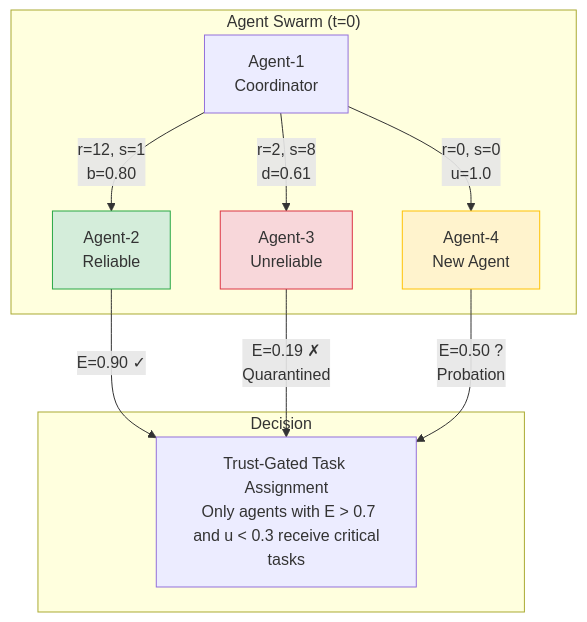
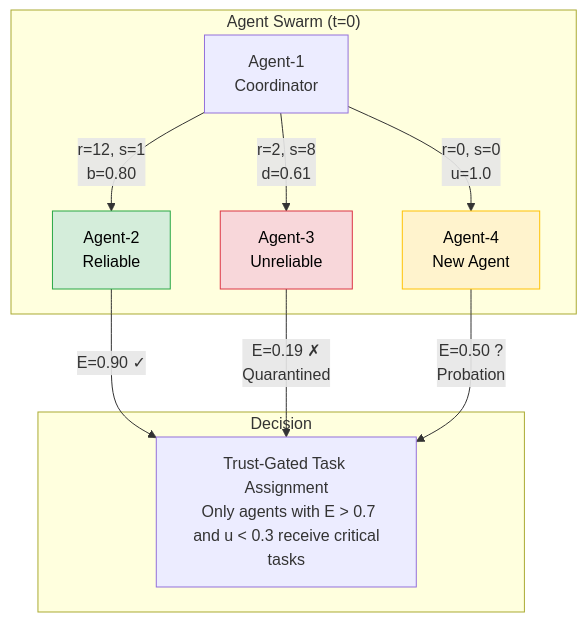
One commit to Steake/EQBSL changed the sixth of 7 diagrams in rust/README.md. Above: the diagram before and after it, drawn with Mermaid. The commit also changed other lines of this file, not shown here.

Commit message:
docs(rust): fix mermaid diagram styles for readability in all themes

````diff
--- a/rust/README.md
+++ b/rust/README.md
@@ -382,25 +382,25 @@
 ```mermaid
 graph TD
     subgraph Swarm["Agent Swarm (t=0)"]
         A1["Agent-1\n Coordinator"]
         A2["Agent-2\n Reliable"]
         A3["Agent-3\n Unreliable"]
         A4["Agent-4\n New Agent"]
     end
 
     A1 -->|"r=12, s=1\n b=0.80"| A2
     A1 -->|"r=2, s=8\n d=0.61"| A3
     A1 -->|"r=0, s=0\n u=1.0"| A4
 
     subgraph Decision
         D["Trust-Gated Task Assignment\n Only agents with E > 0.7\n and u < 0.3 receive critical tasks"]
     end
 
     A2 -->|"E=0.90 ✓"| D
     A3 -->|"E=0.19 ✗\n Quarantined"| D
     A4 -->|"E=0.50 ?\n Probation"| D
 
-    style A3 fill:#f8d7da,stroke:#dc3545
-    style A2 fill:#d4edda,stroke:#28a745
-    style A4 fill:#fff3cd,stroke:#ffc107
+    style A3 fill:#f8d7da,stroke:#dc3545,color:#000000
+    style A2 fill:#d4edda,stroke:#28a745,color:#000000
+    style A4 fill:#fff3cd,stroke:#ffc107,color:#000000
 ```
````
